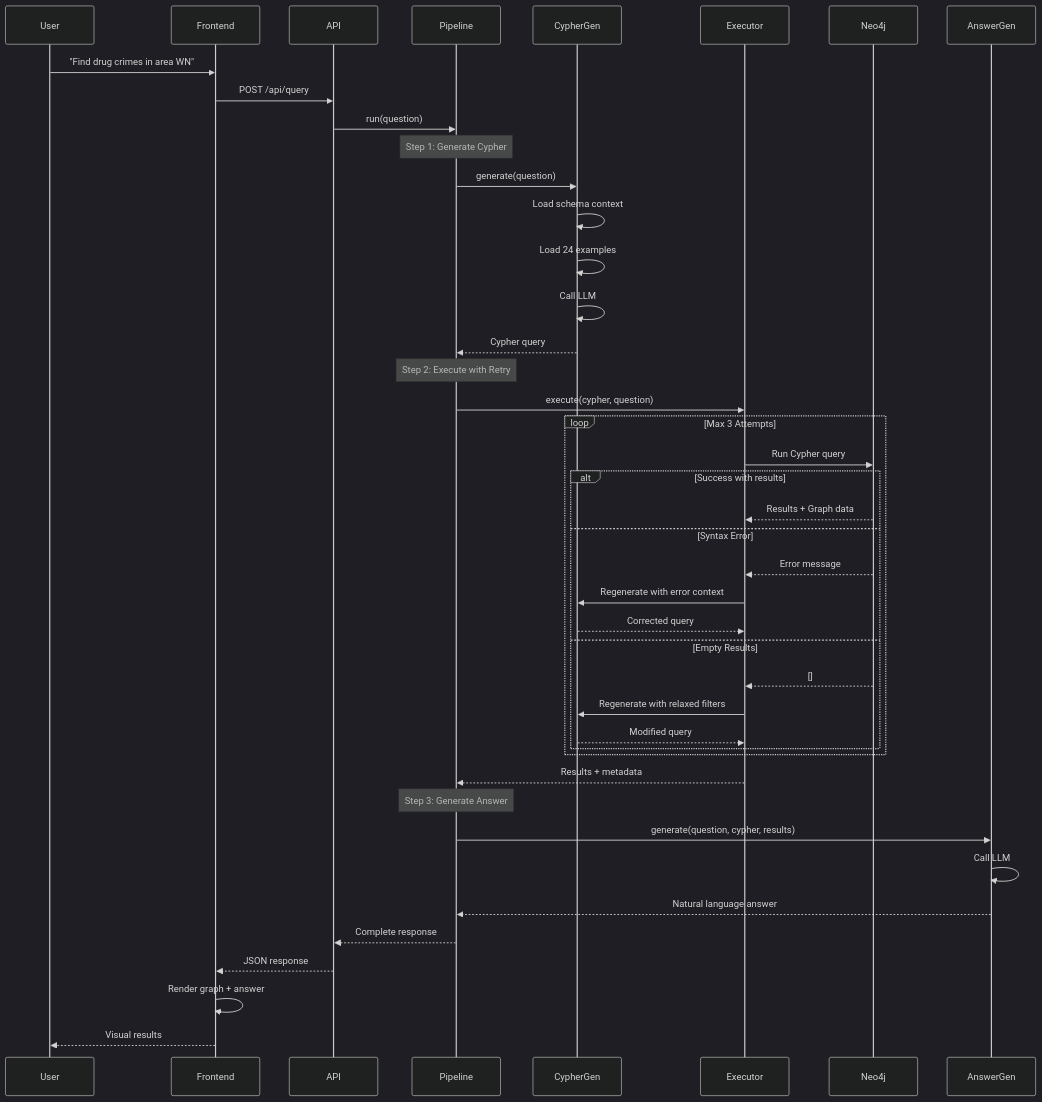
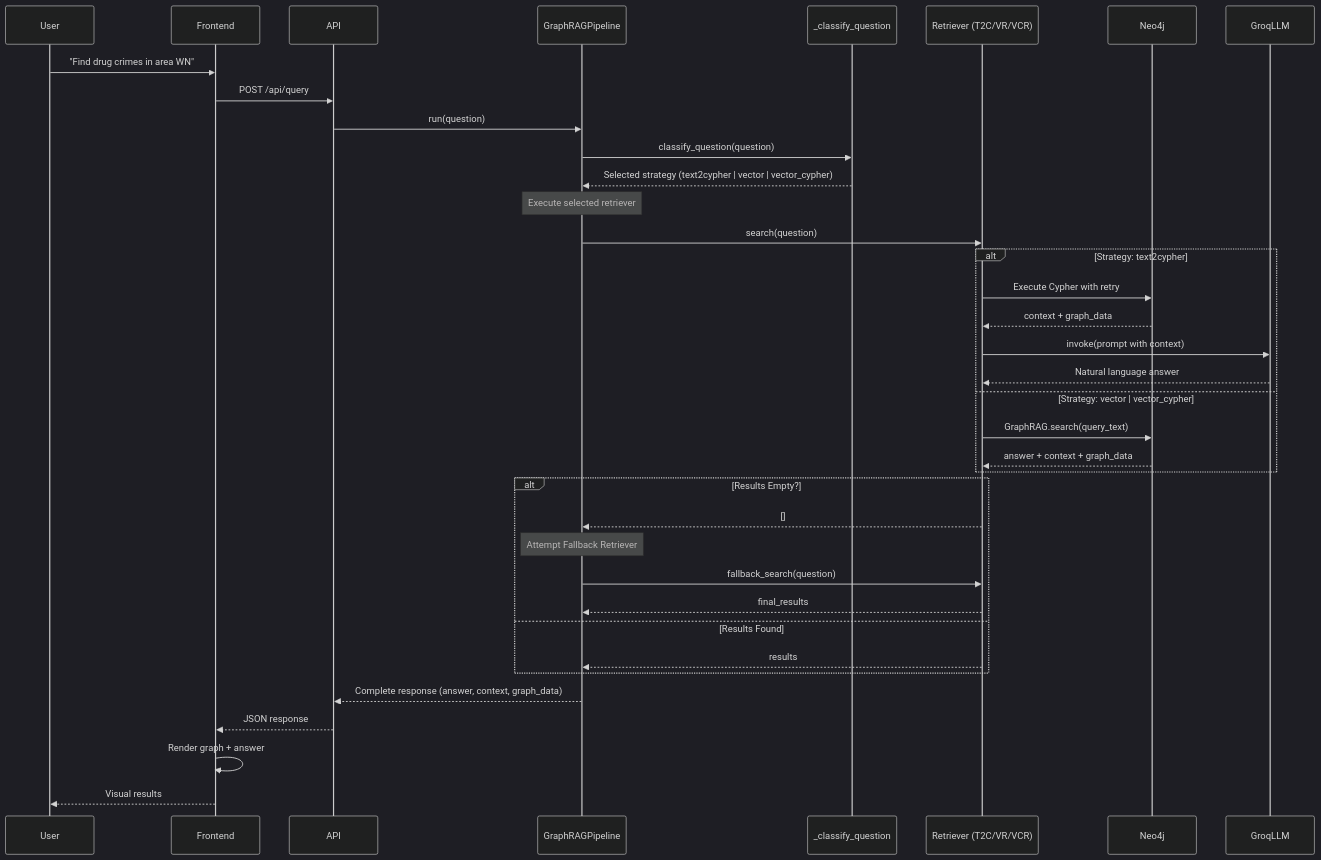
The third of 12 diagrams in docs/ARCHITECTURE.md (sairamreddy77/Investigraph), drawn with Mermaid (dark theme) before and after one commit. The commit also changed other lines of this file and 6 other files, not shown here.

````diff
--- a/docs/ARCHITECTURE.md
+++ b/docs/ARCHITECTURE.md
@@ -184,54 +184,45 @@
 ```mermaid
 sequenceDiagram
     participant User
     participant Frontend
     participant API
-    participant Pipeline
-    participant CypherGen
-    participant Executor
+    participant Pipeline as GraphRAGPipeline
+    participant Classifier as _classify_question
+    participant Retriever as Retriever (T2C/VR/VCR)
     participant Neo4j
-    participant AnswerGen
+    participant LLM as GroqLLM
 
     User->>Frontend: "Find drug crimes in area WN"
     Frontend->>API: POST /api/query
 
     API->>Pipeline: run(question)
+    Pipeline->>Classifier: classify_question(question)
+    Classifier-->>Pipeline: Selected strategy (text2cypher | vector | vector_cypher)
 
-    Note over Pipeline: Step 1: Generate Cypher
-    Pipeline->>CypherGen: generate(question)
-    CypherGen->>CypherGen: Load schema context
-    CypherGen->>CypherGen: Load 24 examples
-    CypherGen->>CypherGen: Call LLM
-    CypherGen-->>Pipeline: Cypher query
-
-    Note over Pipeline: Step 2: Execute with Retry
-    Pipeline->>Executor: execute(cypher, question)
-
-    loop Max 3 Attempts
-        Executor->>Neo4j: Run Cypher query
-
-        alt Success with results
-            Neo4j-->>Executor: Results + Graph data
-        else Syntax Error
-            Neo4j-->>Executor: Error message
-            Executor->>CypherGen: Regenerate with error context
-            CypherGen-->>Executor: Corrected query
-        else Empty Results
-            Neo4j-->>Executor: []
-            Executor->>CypherGen: Regenerate with relaxed filters
-            CypherGen-->>Executor: Modified query
-        end
+    Note over Pipeline: Execute selected retriever
+    Pipeline->>Retriever: search(question)
+    
+    alt Strategy: text2cypher
+        Retriever->>Neo4j: Execute Cypher with retry
+        Neo4j-->>Retriever: context + graph_data
+        Retriever->>LLM: invoke(prompt with context)
+        LLM-->>Retriever: Natural language answer
+    else Strategy: vector | vector_cypher
+        Retriever->>Neo4j: GraphRAG.search(query_text)
+        Neo4j-->>Retriever: answer + context + graph_data
     end
 
-    Executor-->>Pipeline: Results + metadata
+    alt Results Empty?
+        Retriever-->>Pipeline: []
+        Note over Pipeline: Attempt Fallback Retriever
+        Pipeline->>Retriever: fallback_search(question)
+        Retriever-->>Pipeline: final_results
+    else Results Found
+        Retriever-->>Pipeline: results
+    end
 
-    Note over Pipeline: Step 3: Generate Answer
-    Pipeline->>AnswerGen: generate(question, cypher, results)
-    AnswerGen->>AnswerGen: Call LLM
-    AnswerGen-->>Pipeline: Natural language answer
-
-    Pipeline-->>API: Complete response
+    Pipeline-->>API: Complete response (answer, context, graph_data)
     API-->>Frontend: JSON response
     Frontend->>Frontend: Render graph + answer
     Frontend-->>User: Visual results
 ```
````
